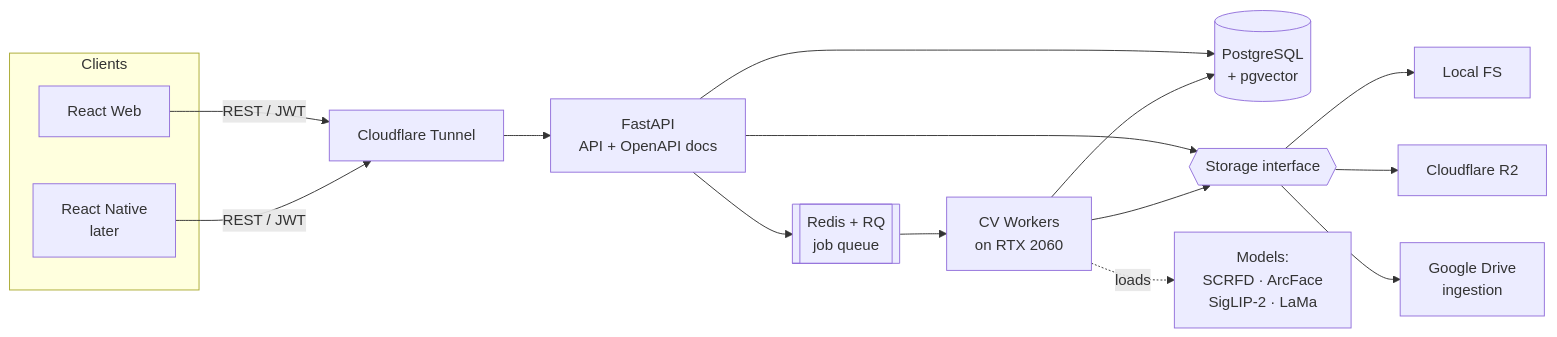
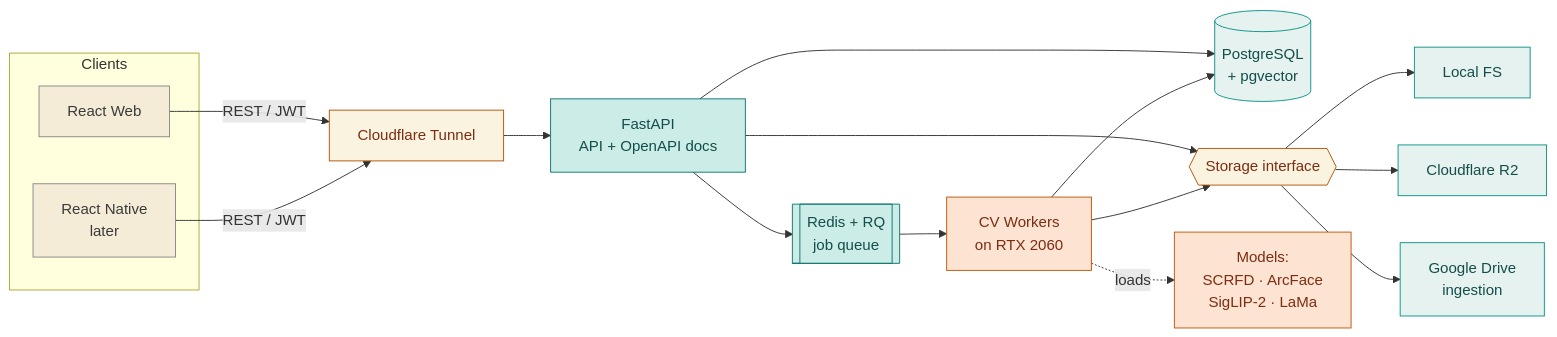
The first of 3 diagrams in profile/README.md (La2etha/.github), drawn with Mermaid before and after one commit. The commit also changed other lines of this file, not shown here.

````diff
--- a/profile/README.md
+++ b/profile/README.md
@@ -38,23 +63,29 @@
 ```mermaid
 flowchart LR
     subgraph Clients
-        W[React Web]
-        M[React Native<br/>later]
+        W[React Web]:::pill
+        M[React Native<br/>later]:::pill
     end
-    W & M -->|REST / JWT| T[Cloudflare Tunnel]
-    T --> API[FastAPI<br/>API + OpenAPI docs]
+    W & M -->|REST / JWT| T[Cloudflare Tunnel]:::io
+    T --> API[FastAPI<br/>API + OpenAPI docs]:::svc
 
-    API --> DB[(PostgreSQL<br/>+ pgvector)]
-    API --> Q[[Redis + RQ<br/>job queue]]
-    API --> ST{{Storage interface}}
+    API --> DB[(PostgreSQL<br/>+ pgvector)]:::data
+    API --> Q[[Redis + RQ<br/>job queue]]:::svc
+    API --> ST{{Storage interface}}:::io
 
-    Q --> WK[CV Workers<br/>on RTX 2060]
+    Q --> WK[CV Workers<br/>on RTX 2060]:::core
     WK --> DB
     WK --> ST
 
-    ST --> FS[Local FS]
-    ST --> R2[Cloudflare R2]
-    ST --> GD[Google Drive<br/>ingestion]
+    ST --> FS[Local FS]:::data
+    ST --> R2[Cloudflare R2]:::data
+    ST --> GD[Google Drive<br/>ingestion]:::data
 
-    WK -.loads.-> MDL[Models:<br/>SCRFD · ArcFace<br/>SigLIP-2 · LaMa]
+    WK -.loads.-> MDL[Models:<br/>SCRFD · ArcFace<br/>SigLIP-2 · LaMa]:::core
+
+    classDef pill fill:#f5ecd7,stroke:#888,color:#3a3a3a
+    classDef svc fill:#ccece8,stroke:#0f766e,color:#134e4a
+    classDef data fill:#e6f2f0,stroke:#0d9488,color:#134e4a
+    classDef io fill:#faf3e0,stroke:#b45309,color:#7c2d12
+    classDef core fill:#fde3d1,stroke:#c2560c,color:#7c2d12
 ```
````
